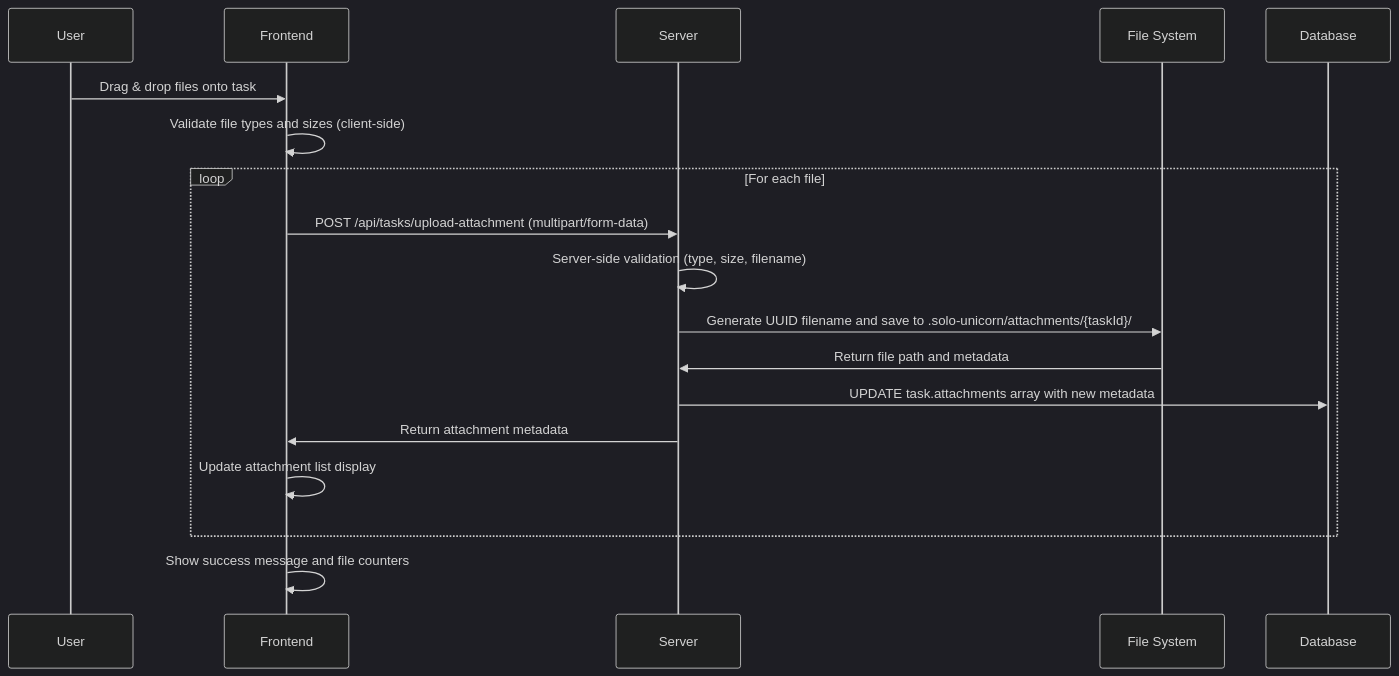
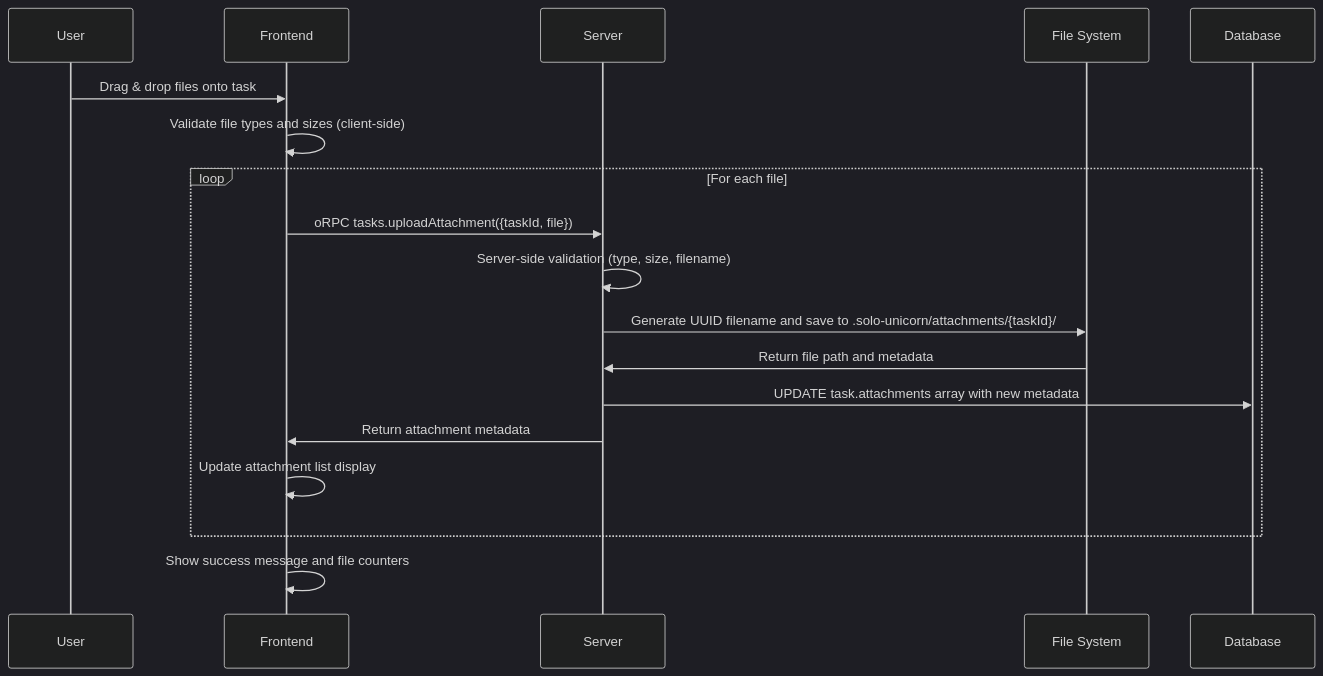
One commit to ivawzh/v0-bun-hono-tanstack-router changed the first of 4 diagrams in docs/feature-flows/attachments.md. Above: the diagram before and after it, drawn with Mermaid (dark theme). The commit also changed other lines of this file, not shown here.

First line of the commit message:
feat: migrate REST file upload/download endpoints to oRPC

````diff
--- a/docs/feature-flows/attachments.md
+++ b/docs/feature-flows/attachments.md
@@ -53,23 +53,23 @@
 ```mermaid
 sequenceDiagram
     participant U as User
     participant UI as Frontend
     participant S as Server
     participant FS as File System
     participant DB as Database
     
     U->>UI: Drag & drop files onto task
     UI->>UI: Validate file types and sizes (client-side)
     
     loop For each file
-        UI->>S: POST /api/tasks/upload-attachment (multipart/form-data)
+        UI->>S: oRPC tasks.uploadAttachment({taskId, file})
         S->>S: Server-side validation (type, size, filename)
         S->>FS: Generate UUID filename and save to .solo-unicorn/attachments/{taskId}/
         FS->>S: Return file path and metadata
         S->>DB: UPDATE task.attachments array with new metadata
         S->>UI: Return attachment metadata
         UI->>UI: Update attachment list display
     end
     
     UI->>UI: Show success message and file counters
 ```
````
